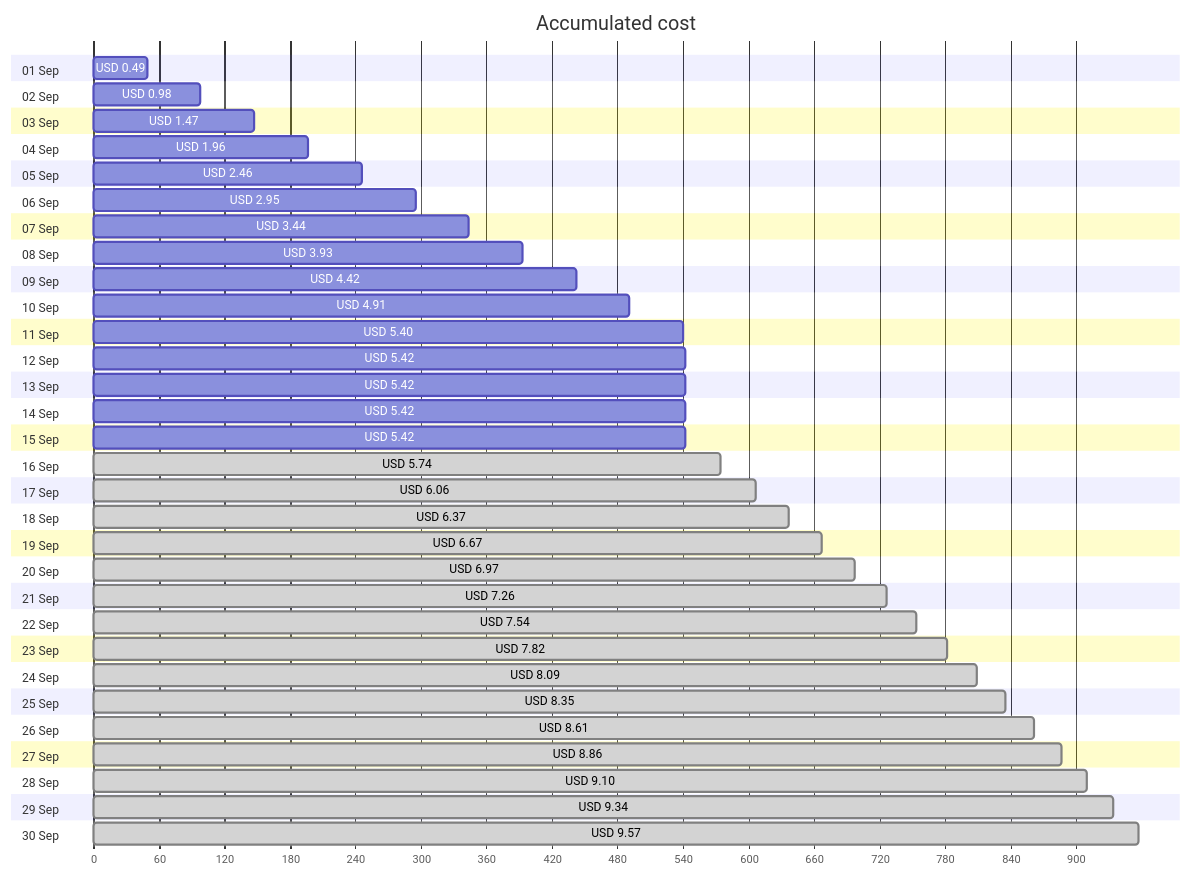
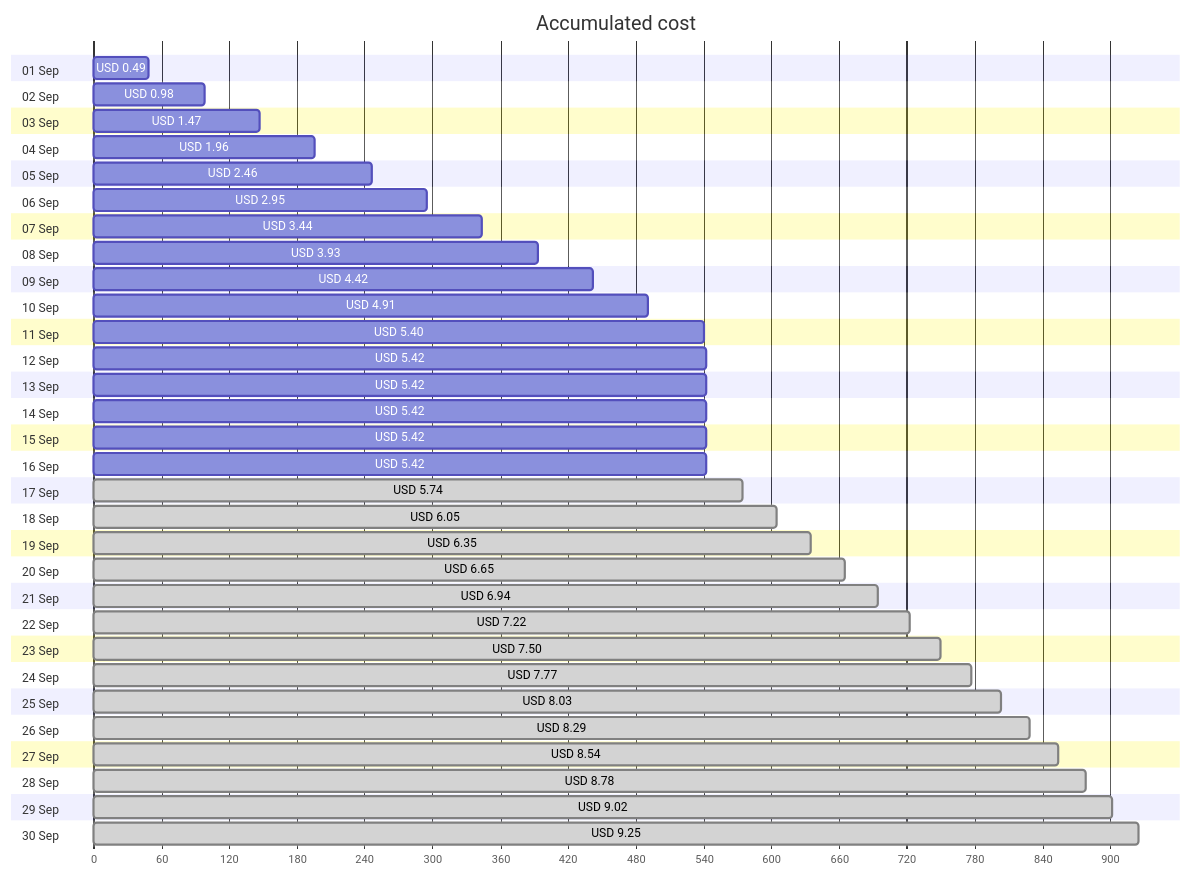
The first of 4 diagrams in cost-reports/personal-site/personalsiteapipreview.md (jpfulton/azure-personal-reports), drawn with Mermaid before and after one commit. The commit also changed other lines of this file and 6 other files, not shown here.

````diff
--- a/cost-reports/personal-site/personalsiteapipreview.md
+++ b/cost-reports/personal-site/personalsiteapipreview.md
@@ -20,66 +20,66 @@
 ```mermaid
 gantt
    title Accumulated cost
    dateFormat  X
    axisFormat %s
    section 01 Sep
    USD 0.49 :0, 49
    section 02 Sep
    USD 0.98 :0, 98
    section 03 Sep
    USD 1.47 :0, 147
    section 04 Sep
    USD 1.96 :0, 196
    section 05 Sep
    USD 2.46 :0, 246
    section 06 Sep
    USD 2.95 :0, 295
    section 07 Sep
    USD 3.44 :0, 344
    section 08 Sep
    USD 3.93 :0, 393
    section 09 Sep
    USD 4.42 :0, 442
    section 10 Sep
    USD 4.91 :0, 491
    section 11 Sep
    USD 5.40 :0, 540
    section 12 Sep
    USD 5.42 :0, 542
    section 13 Sep
    USD 5.42 :0, 542
    section 14 Sep
    USD 5.42 :0, 542
    section 15 Sep
    USD 5.42 :0, 542
    section 16 Sep
+   USD 5.42 :0, 542
+   section 17 Sep
    USD 5.74 : done, 0, 574
-   section 17 Sep
-   USD 6.06 : done, 0, 606
    section 18 Sep
-   USD 6.37 : done, 0, 637
+   USD 6.05 : done, 0, 605
    section 19 Sep
-   USD 6.67 : done, 0, 667
+   USD 6.35 : done, 0, 635
    section 20 Sep
-   USD 6.97 : done, 0, 697
+   USD 6.65 : done, 0, 665
    section 21 Sep
-   USD 7.26 : done, 0, 726
+   USD 6.94 : done, 0, 694
    section 22 Sep
-   USD 7.54 : done, 0, 754
+   USD 7.22 : done, 0, 722
    section 23 Sep
-   USD 7.82 : done, 0, 782
+   USD 7.50 : done, 0, 750
    section 24 Sep
-   USD 8.09 : done, 0, 809
+   USD 7.77 : done, 0, 777
    section 25 Sep
-   USD 8.35 : done, 0, 835
+   USD 8.03 : done, 0, 803
    section 26 Sep
-   USD 8.61 : done, 0, 861
+   USD 8.29 : done, 0, 829
    section 27 Sep
-   USD 8.86 : done, 0, 886
+   USD 8.54 : done, 0, 854
    section 28 Sep
-   USD 9.10 : done, 0, 910
+   USD 8.78 : done, 0, 878
    section 29 Sep
-   USD 9.34 : done, 0, 934
+   USD 9.02 : done, 0, 902
    section 30 Sep
-   USD 9.57 : done, 0, 957
+   USD 9.25 : done, 0, 925
 ```
````
